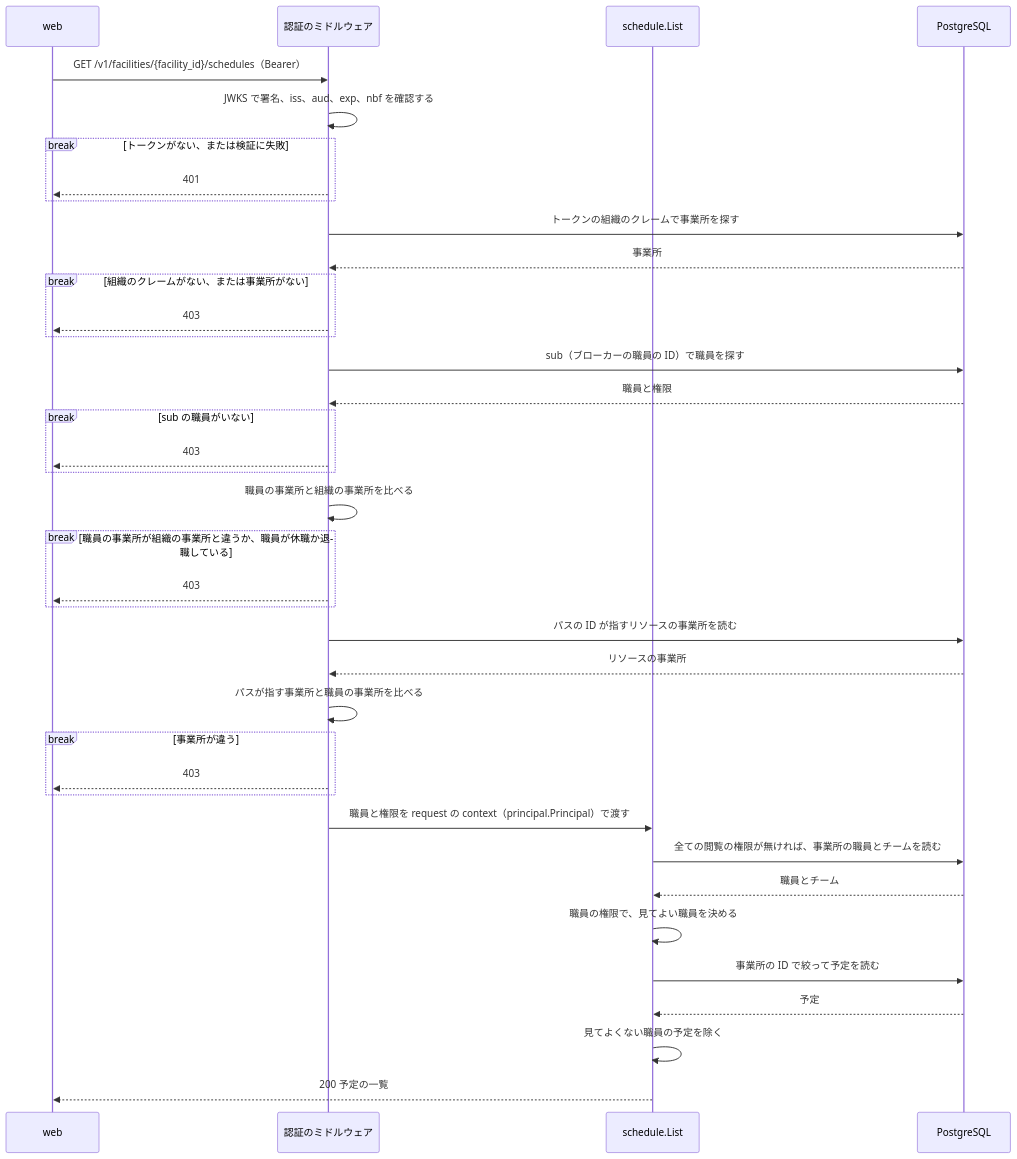
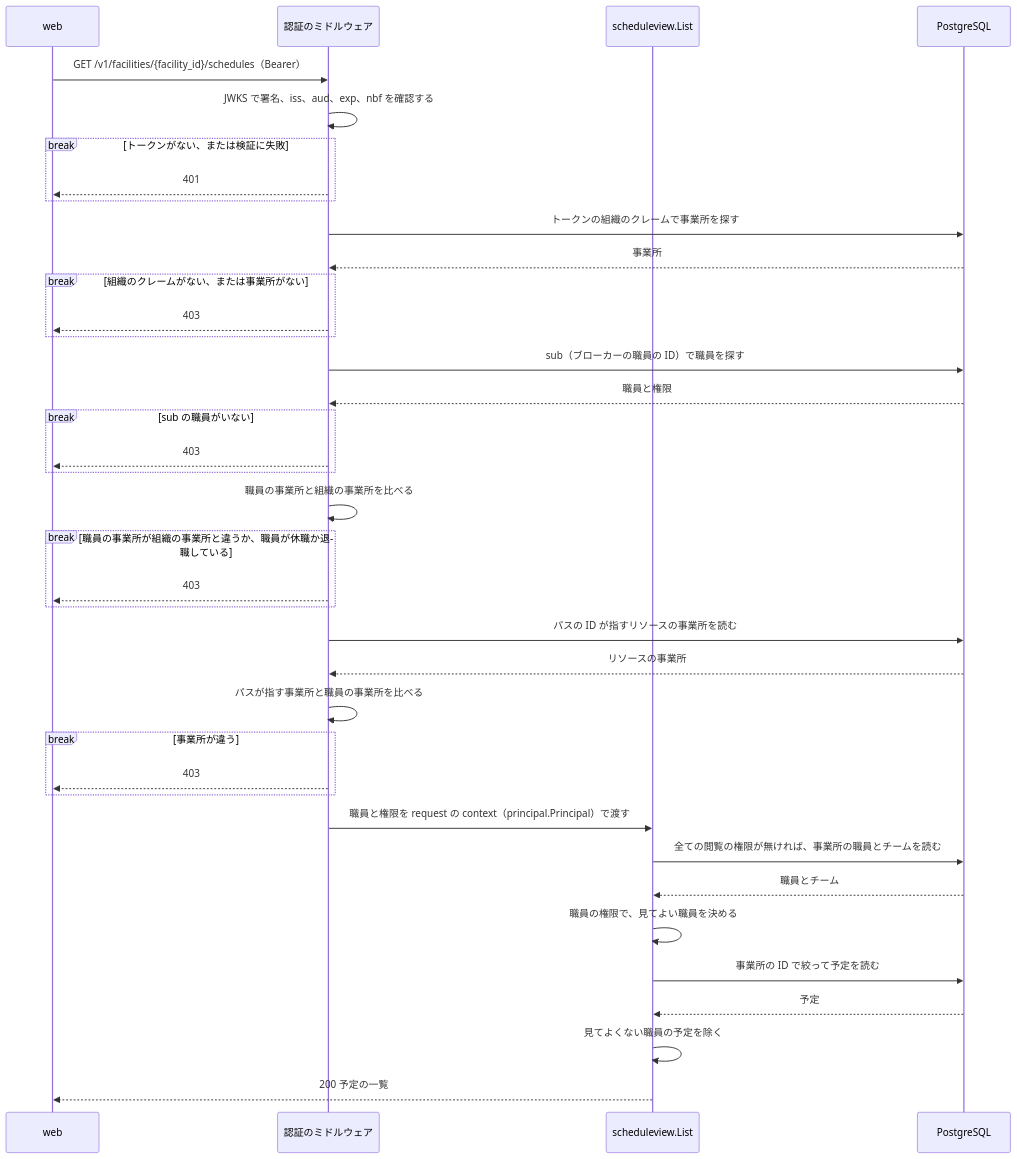
One commit to Fukuemon/buddy changed the second of 2 diagrams in services/schedule/DesignDoc.md. Above: the diagram before and after it, drawn with Mermaid. The commit also changed other lines of this file and 27 other files, not shown here.

First line of the commit message:
refactor(schedule): 予定の 1 件と一覧を読む操作を scheduleview に移す #637

````diff
--- a/services/schedule/DesignDoc.md
+++ b/services/schedule/DesignDoc.md
@@ -237,41 +238,41 @@
 ```mermaid
 sequenceDiagram
   participant W as web
   participant M as 認証のミドルウェア
-  participant U as schedule.List
+  participant U as scheduleview.List
   participant DB as PostgreSQL
 
   W->>M: GET /v1/facilities/{facility_id}/schedules（Bearer）
   M->>M: JWKS で署名、iss、aud、exp、nbf を確認する
   break トークンがない、または検証に失敗
     M-->>W: 401
   end
   M->>DB: トークンの組織のクレームで事業所を探す
   DB-->>M: 事業所
   break 組織のクレームがない、または事業所がない
     M-->>W: 403
   end
   M->>DB: sub（ブローカーの職員の ID）で職員を探す
   DB-->>M: 職員と権限
   break sub の職員がいない
     M-->>W: 403
   end
   M->>M: 職員の事業所と組織の事業所を比べる
   break 職員の事業所が組織の事業所と違うか、職員が休職か退職している
     M-->>W: 403
   end
   M->>DB: パスの ID が指すリソースの事業所を読む
   DB-->>M: リソースの事業所
   M->>M: パスが指す事業所と職員の事業所を比べる
   break 事業所が違う
     M-->>W: 403
   end
   M->>U: 職員と権限を request の context（principal.Principal）で渡す
   U->>DB: 全ての閲覧の権限が無ければ、事業所の職員とチームを読む
   DB-->>U: 職員とチーム
   U->>U: 職員の権限で、見てよい職員を決める
   U->>DB: 事業所の ID で絞って予定を読む
   DB-->>U: 予定
   U->>U: 見てよくない職員の予定を除く
   U-->>W: 200 予定の一覧
 ```
````
